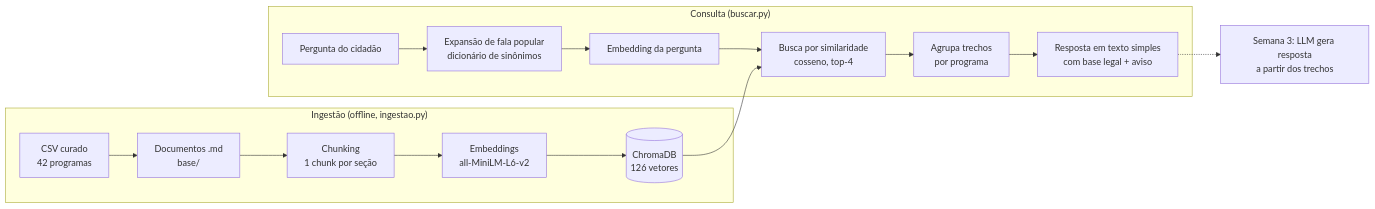
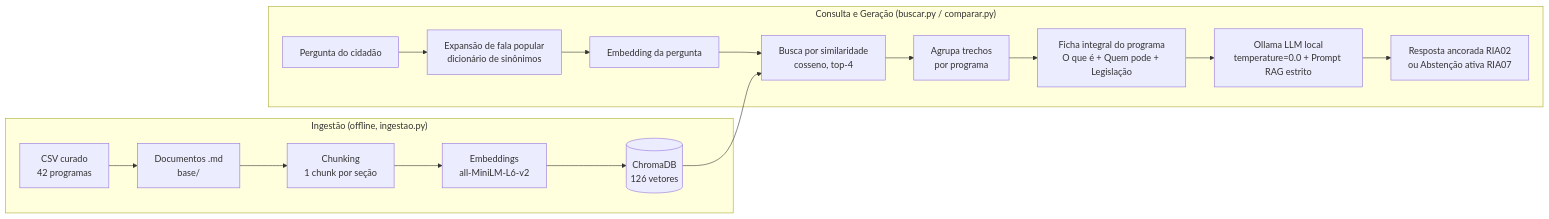
Before and after one commit to purpleaither/SegundoChallenge: the diagram in rag/README.md, drawn with Mermaid. The commit also changed other lines of this file and 1 other file, not shown here.

First line of the commit message:
docs(rag): relatório comparativo da Semana 3 e atualização do README

````diff
--- a/rag/README.md
+++ b/rag/README.md
@@ -45,18 +56,19 @@
 ```mermaid
 flowchart LR
     subgraph Ingestão["Ingestão (offline, ingestao.py)"]
         A[CSV curado<br/>42 programas] --> B[Documentos .md<br/>base/]
         B --> C[Chunking<br/>1 chunk por seção]
         C --> D[Embeddings<br/>all-MiniLM-L6-v2]
         D --> E[(ChromaDB<br/>126 vetores)]
     end
-    subgraph Consulta["Consulta (buscar.py)"]
+    subgraph Consulta["Consulta e Geração (buscar.py / comparar.py)"]
         P[Pergunta do cidadão] --> Q[Expansão de fala popular<br/>dicionário de sinônimos]
         Q --> R[Embedding da pergunta]
         R --> S[Busca por similaridade<br/>cosseno, top-4]
         E --> S
         S --> G[Agrupa trechos<br/>por programa]
-        G --> T[Resposta em texto simples<br/>com base legal + aviso]
+        G --> T[Ficha integral do programa<br/>O que é + Quem pode + Legislação]
+        T --> U[Ollama LLM local<br/>temperature=0.0 + Prompt RAG estrito]
+        U --> V[Resposta ancorada RIA02<br/>ou Abstenção ativa RIA07]
     end
-    T -.-> U[Semana 3: LLM gera resposta<br/>a partir dos trechos]
 ```
````
